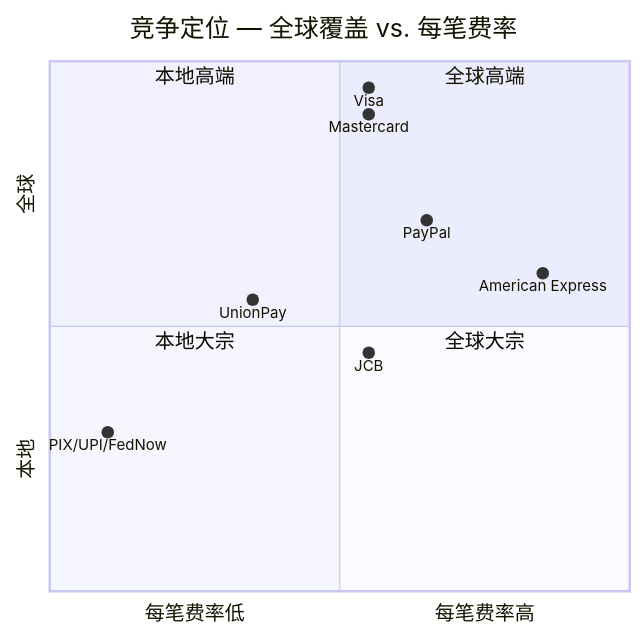
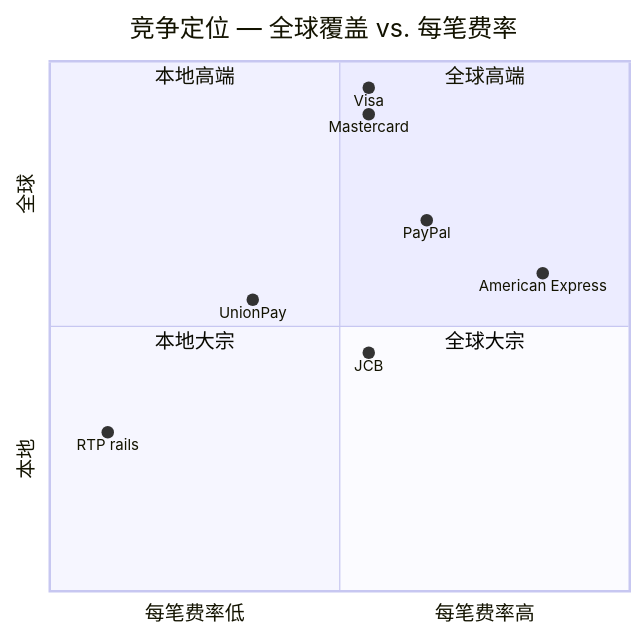
The third of 3 diagrams in reports/company/Visa_NYSE_V/Visa_NYSE_V_Research_Document_zh.md (dadachundan/financial_agent), drawn with Mermaid before and after one commit. The commit also changed other lines of this file and 10 other files, not shown here.

First line of the commit message:
feat(company-research): refresh Visa (V) to current spec — decision layer + GF Score + 10 SVG charts + Visa-OpenAI catalyst

````diff
--- a/reports/company/Visa_NYSE_V/Visa_NYSE_V_Research_Document_zh.md
+++ b/reports/company/Visa_NYSE_V/Visa_NYSE_V_Research_Document_zh.md
@@ -221,17 +796,17 @@
 ```mermaid
 quadrantChart
     title 竞争定位 — 全球覆盖 vs. 每笔费率
     x-axis 每笔费率低 --> 每笔费率高
     y-axis 本地 --> 全球
     quadrant-1 全球高端
     quadrant-2 本地高端
     quadrant-3 本地大宗
     quadrant-4 全球大宗
     Visa: [0.55, 0.95]
     Mastercard: [0.55, 0.9]
     American Express: [0.85, 0.6]
     UnionPay: [0.35, 0.55]
     JCB: [0.55, 0.45]
-    PIX/UPI/FedNow: [0.1, 0.3]
+    RTP rails: [0.1, 0.3]
     PayPal: [0.65, 0.7]
 ```
````
